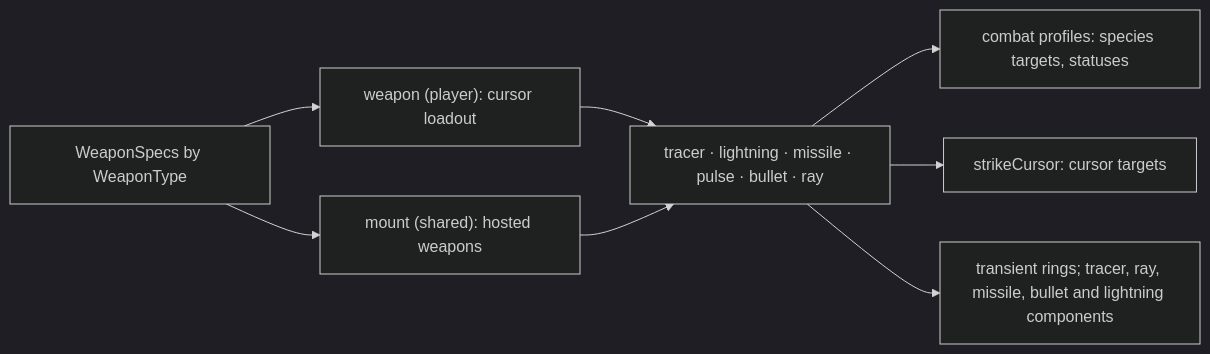
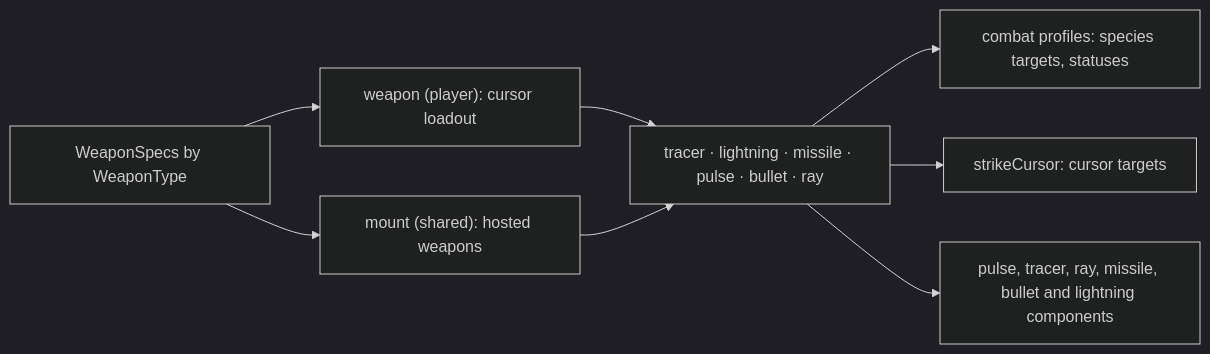
One commit to lixenwraith/vif changed the diagram in doc/combat.md. Above: the diagram before and after it, drawn with Mermaid (dark theme). The commit also changed other lines of this file and 47 other files, not shown here.

````diff
--- a/doc/combat.md
+++ b/doc/combat.md
@@ -30,10 +30,10 @@
 ```mermaid
 flowchart LR
     Spec["WeaponSpecs by WeaponType"] --> Weapon["weapon (player): cursor loadout"]
     Spec --> Mount["mount (shared): hosted weapons"]
     Weapon --> Delivery["tracer · lightning · missile · pulse · bullet · ray"]
     Mount --> Delivery
     Delivery --> Combat["combat profiles: species targets, statuses"]
     Delivery --> Strike["strikeCursor: cursor targets"]
-    Delivery --> Presented["transient rings; tracer, ray, missile, bullet and lightning components"]
+    Delivery --> Presented["pulse, tracer, ray, missile, bullet and lightning components"]
 ```
````
